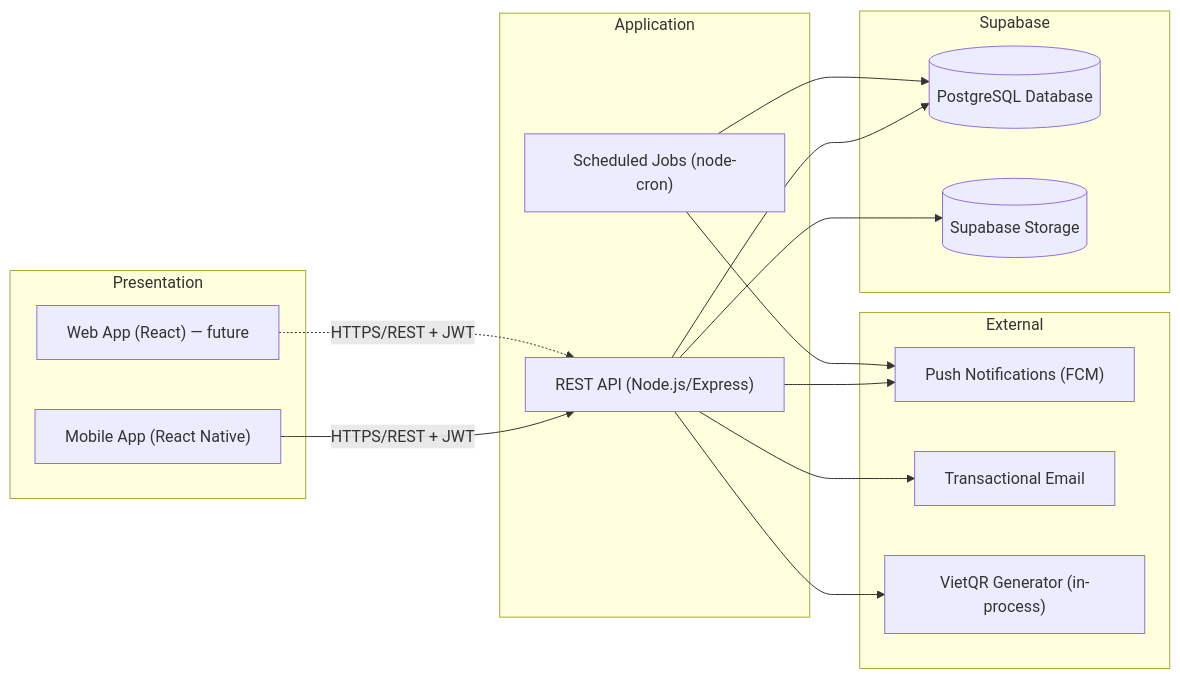
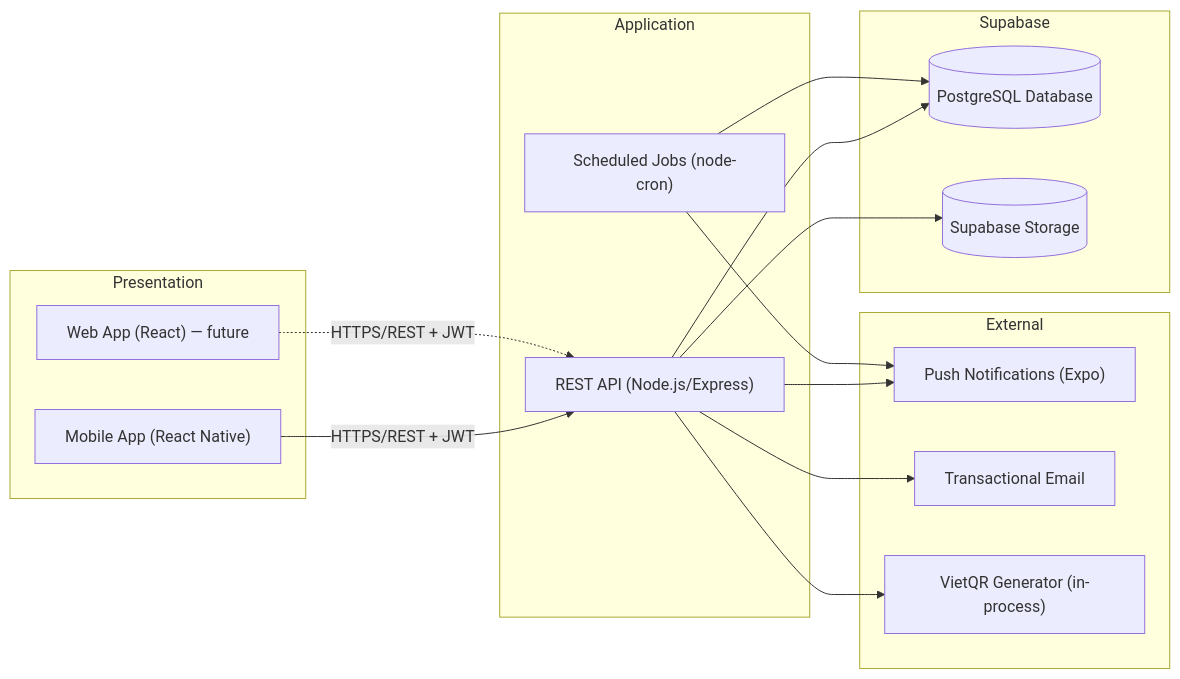
Before and after one commit to thanhdatttt/RoSi-Home: the first of 2 diagrams in openspec/specs/ARCHITECTURE.md, drawn with Mermaid. The commit also changed other lines of this file and 51 other files, not shown here.

````diff
--- a/openspec/specs/ARCHITECTURE.md
+++ b/openspec/specs/ARCHITECTURE.md
@@ -16,29 +16,29 @@
 ```mermaid
 flowchart LR
     subgraph Presentation
         MOB["Mobile App (React Native)"]
         WEB["Web App (React) — future"]
     end
     subgraph Application
         API["REST API (Node.js/Express)"]
         JOBS["Scheduled Jobs (node-cron)"]
     end
     subgraph Data["Supabase"]
         DB[("PostgreSQL Database")]
         ST[("Supabase Storage")]
     end
     subgraph External
-        FCM["Push Notifications (FCM)"]
+        EXPOPUSH["Push Notifications (Expo)"]
         MAIL["Transactional Email"]
         QR["VietQR Generator (in-process)"]
     end
     MOB -->|HTTPS/REST + JWT| API
     WEB -.->|HTTPS/REST + JWT| API
     API --> DB
     API --> ST
-    API --> FCM
+    API --> EXPOPUSH
     API --> MAIL
     API --> QR
     JOBS --> DB
-    JOBS --> FCM
+    JOBS --> EXPOPUSH
 ```
````
